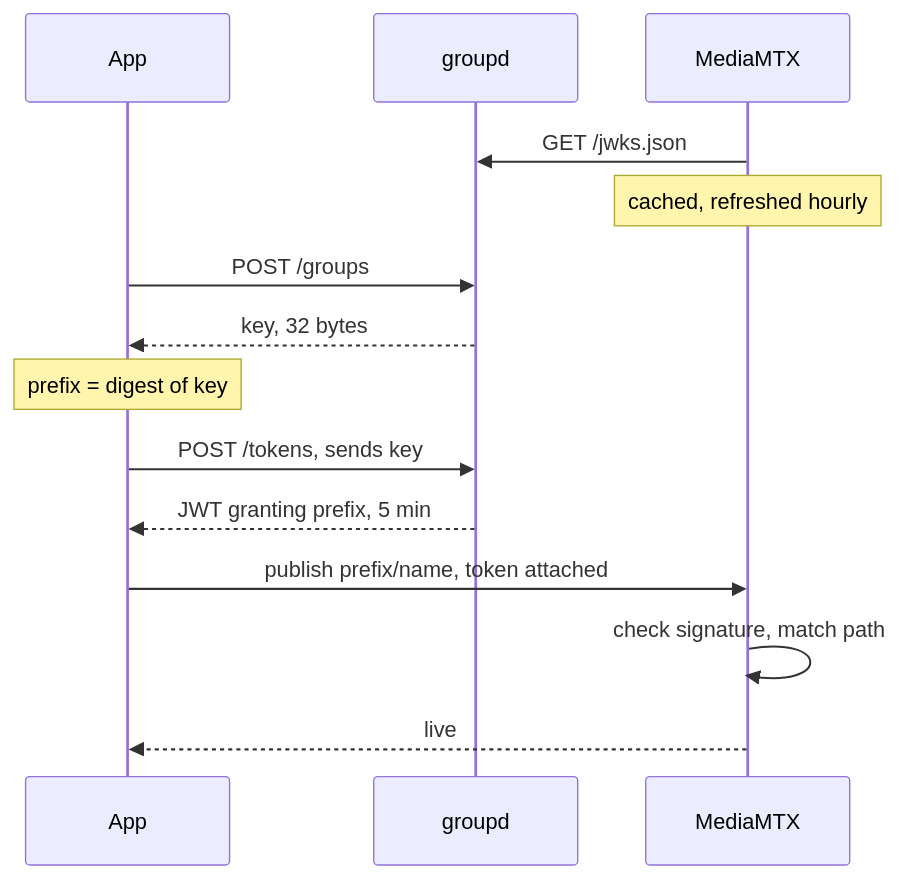
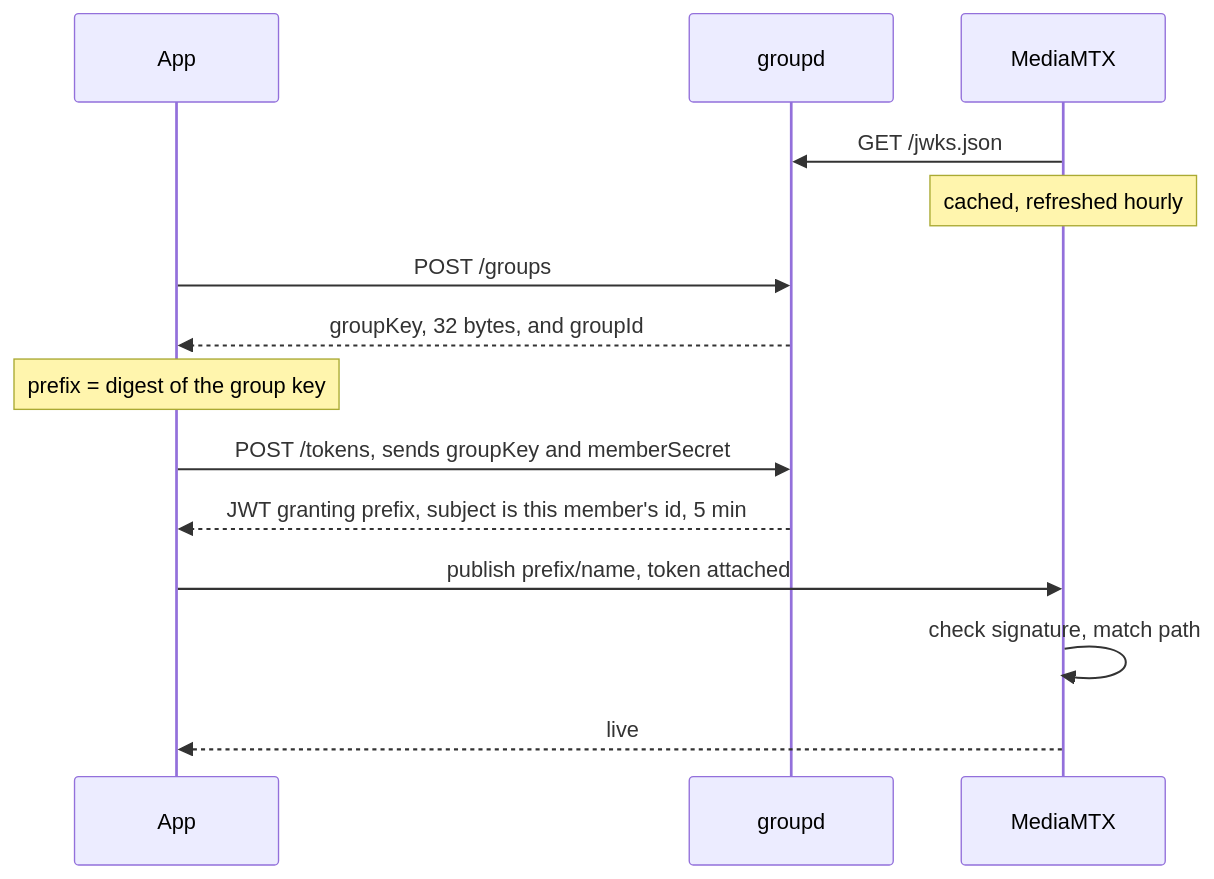
The first of 3 diagrams in docs/auth-flow.md (bjoern621/screen-sharing), drawn with Mermaid before and after one commit. The commit also changed other lines of this file and 171 other files, not shown here.

````diff
--- a/docs/auth-flow.md
+++ b/docs/auth-flow.md
@@ -10,19 +10,19 @@
 ```mermaid
 sequenceDiagram
     participant A as App
     participant G as groupd
     participant M as MediaMTX
 
     M->>G: GET /jwks.json
     Note over M: cached, refreshed hourly
 
     A->>G: POST /groups
-    G-->>A: key, 32 bytes
-    Note over A: prefix = digest of key
+    G-->>A: groupKey, 32 bytes, and groupId
+    Note over A: prefix = digest of the group key
 
-    A->>G: POST /tokens, sends key
-    G-->>A: JWT granting prefix, 5 min
+    A->>G: POST /tokens, sends groupKey and memberSecret
+    G-->>A: JWT granting prefix, subject is this member's id, 5 min
     A->>M: publish prefix/name, token attached
     M->>M: check signature, match path
     M-->>A: live
 ```
````
